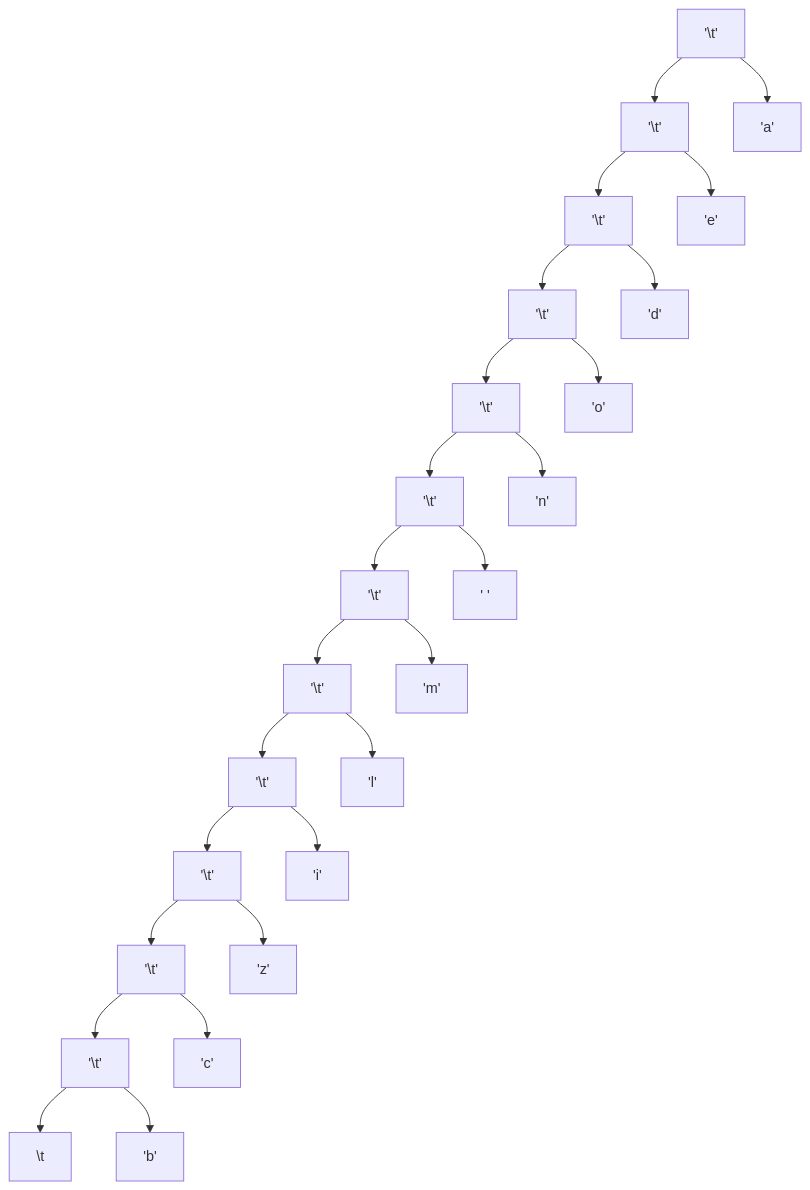
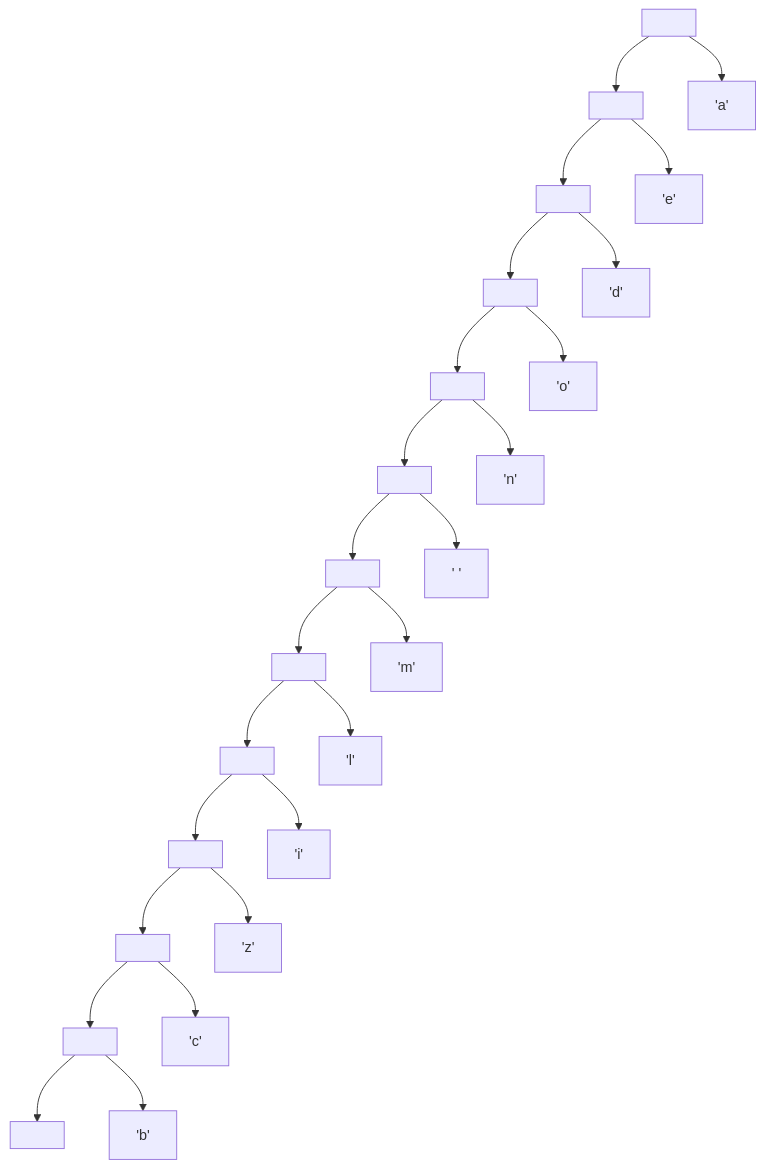
One commit to evanrock520-ciencias/ED-Laboratorio changed the diagram in Proyecto/README.md. Above: the diagram before and after it, drawn with Mermaid. The commit also changed other lines of this file, not shown here.

Commit message:
docs: adaptando la documentación al dato HuffmanTree

````diff
--- a/Proyecto/README.md
+++ b/Proyecto/README.md
@@ -65,29 +65,29 @@
 ```mermaid
 graph TD
-    B["'\t'"]
-    B --> C["'\t'"]
-    C --> D["'\t'"]
-    D --> E["'\t'"]
-    E --> F["'\t'"]
-    F --> G["'\t'"]
-    G --> H["'\t'"]
-    H --> I["'\t'"]
-    I --> J["'\t'"]
-    J --> K["'\t'"]
-    K --> L["'\t'"]
-    L --> M["'\t'"]
-    M --> P["\t"]
+    B[" "]
+    B --> C[" "]
+    C --> D[" "]
+    D --> E[" "]
+    E --> F[" "]
+    F --> G[" "]
+    G --> H[" "]
+    H --> I[" "]
+    I --> J[" "]
+    J --> K[" "]
+    K --> L[" "]
+    L --> M[" "]
+    M --> P[" "]
     M --> b["'b'"]
     L --> c["'c'"]
     K --> z["'z'"]
     J --> i["'i'"]
     I --> l["'l'"]
     H --> m["'m'"]
     G --> s["' '"]
     F --> n["'n'"]
     E --> o["'o'"]
     D --> d["'d'"]
     C --> e["'e'"]
     B --> a["'a'"]
 
 ```
````
